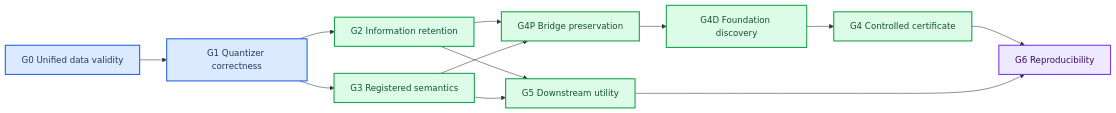
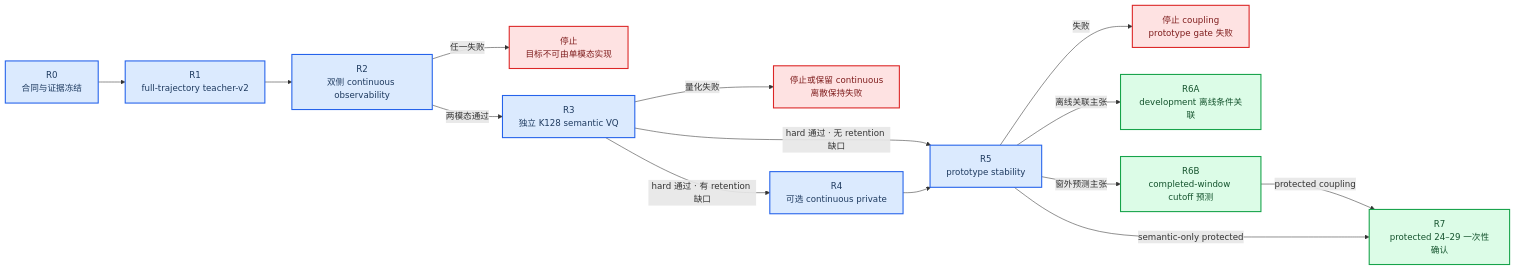
The diagram in docs/physiology_semantic_tokenizer/05_EXPERIMENT_DESIGN.md (Kevin65536/PID-MCM), drawn with Mermaid before and after one commit. The commit also changed other lines of this file and 32 other files, not shown here.

Commit message:
docs: return semantic architecture to shared-driver design

````diff
--- a/docs/physiology_semantic_tokenizer/05_EXPERIMENT_DESIGN.md
+++ b/docs/physiology_semantic_tokenizer/05_EXPERIMENT_DESIGN.md
@@ -11,25 +15,37 @@
 ```mermaid
 flowchart LR
-    accTitle: Scientific claim gate hierarchy
-    accDescr: Data validity and quantizer correctness precede co-equal retention and semantics gates, followed by bridge preservation, foundation discovery, independent controlled coupling, and reproducibility.
+    accTitle: R 系列依赖与停止规则
+    accDescr: 新实验先冻结合同并建立 development-crossfit 与 population-frozen teacher，再依次检验连续可观测性、K128 离散保持、可选 private branch、prototype 语义、离线关联、严格时间截断预测和一次性 protected confirmation。
 
-    g0["G0 Unified data validity"] --> g1["G1 Quantizer correctness"]
-    g1 --> g2["G2 Information retention"]
-    g1 --> g3["G3 Registered semantics"]
-    g2 --> g4p
-    g3 --> g4p["G4P Bridge preservation"]
-    g4p --> g4d["G4D Foundation discovery"]
-    g4d --> g4["G4 Controlled certificate"]
-    g2 --> g5
-    g3 --> g5["G5 Downstream utility"]
-    g4 --> g6["G6 Reproducibility"]
-    g5 --> g6
+    r0["R0<br/>合同与证据冻结"]
+    r1["R1<br/>full-trajectory teacher-v2"]
+    r2["R2<br/>双侧 continuous observability"]
+    stop2["停止<br/>目标不可由单模态实现"]
+    r3["R3<br/>独立 K128 semantic VQ"]
+    stop3["停止或保留 continuous<br/>离散保持失败"]
+    r4["R4<br/>可选 continuous private"]
+    r5["R5<br/>prototype stability"]
+    stop5["停止 coupling<br/>prototype gate 失败"]
+    r6a["R6A<br/>development 离线条件关联"]
+    r6b["R6B<br/>completed-window cutoff 预测"]
+    r7["R7<br/>protected 24–29 一次性确认"]
 
-    classDef foundation fill:#dbeafe,stroke:#2563eb,stroke-width:2px,color:#1e3a5f
+    r0 --> r1 --> r2
+    r2 -->|"两模态通过"| r3
+    r2 -->|"任一失败"| stop2
+    r3 -->|"hard 通过 · 无 retention 缺口"| r5
+    r3 -->|"hard 通过 · 有 retention 缺口"| r4 --> r5
+    r5 -->|"离线关联主张"| r6a
+    r5 -->|"窗外预测主张"| r6b -->|"protected coupling"| r7
+    r5 -->|"semantic-only protected"| r7
+    r5 -->|"失败"| stop5
+    r3 -->|"量化失败"| stop3
+
+    classDef process fill:#dbeafe,stroke:#2563eb,stroke-width:2px,color:#1e3a5f
     classDef evidence fill:#dcfce7,stroke:#16a34a,stroke-width:2px,color:#14532d
-    classDef terminal fill:#ede9fe,stroke:#7c3aed,stroke-width:2px,color:#3b0764
+    classDef stop fill:#fee2e2,stroke:#dc2626,stroke-width:2px,color:#7f1d1d
 
-    class g0,g1 foundation
-    class g2,g3,g4p,g4d,g4,g5 evidence
-    class g6 terminal
+    class r0,r1,r2,r3,r4,r5 process
+    class r6a,r6b,r7 evidence
+    class stop2,stop3,stop5 stop
 ```
````
